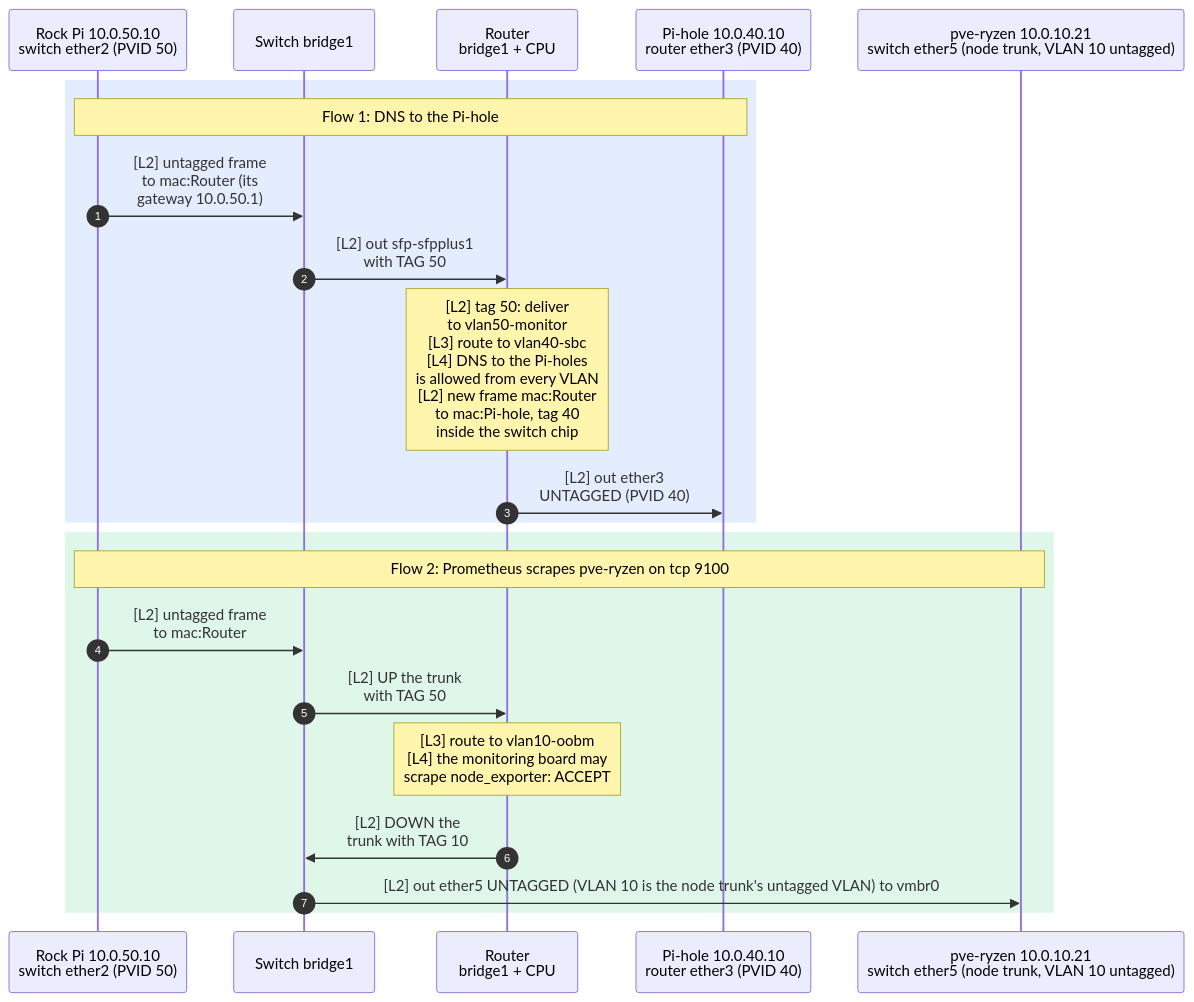
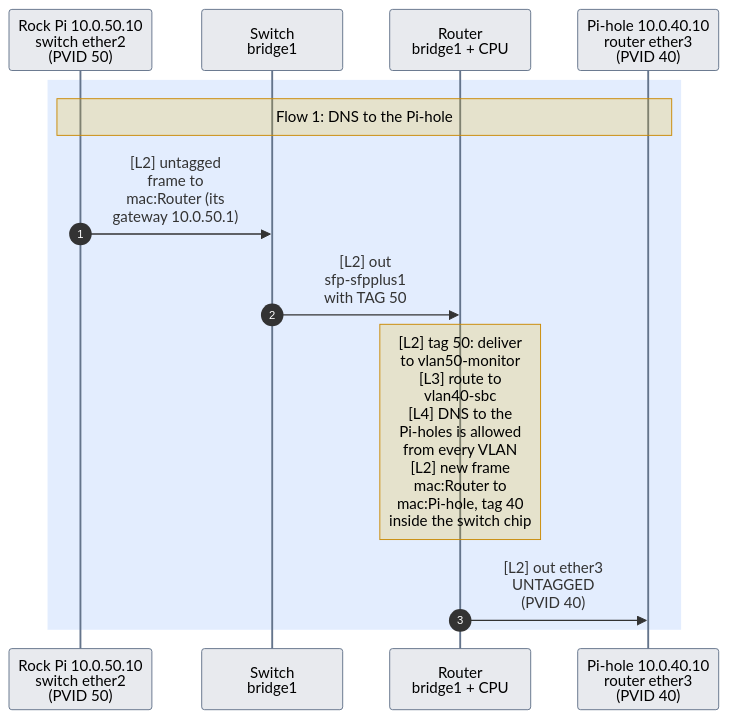
The fifth of 7 diagrams in content/pages/networking/basics/vlans-and-broadcast-domains.mdx (mithun3/tech-blog), drawn with Mermaid before and after one commit. The commit also changed other lines of this file and 8 other files, not shown here.

Commit message:
mermaid updates.

````diff
--- a/content/pages/networking/basics/vlans-and-broadcast-domains.mdx
+++ b/content/pages/networking/basics/vlans-and-broadcast-domains.mdx
@@ -169,24 +230,31 @@
 ```mermaid
+---
+config:
+  look: classic
+  fontFamily: "system-ui, -apple-system, Segoe UI, Roboto, Helvetica, Arial, sans-serif"
+  themeCSS: "rect.actor, rect.note { rx: 6px; ry: 6px; }"
+  themeVariables:
+    actorBkg: "#64748b26"
+    actorBorder: "#64748b"
+    actorLineColor: "#64748b"
+    noteBkgColor: "#eab30833"
+    noteBorderColor: "#ca8a04"
+    labelBoxBkgColor: "#64748b33"
+    labelBoxBorderColor: "#64748b"
+    activationBkgColor: "#64748b40"
+    activationBorderColor: "#64748b"
+---
 sequenceDiagram
     autonumber
-    participant RP as Rock Pi 10.0.50.10<br/>switch ether2 (PVID 50)
-    participant CR as Switch bridge1
+    participant RP as Rock Pi 10.0.50.10<br/>switch ether2<br/>(PVID 50)
+    participant CR as Switch<br/>bridge1
     participant RB as Router<br/>bridge1 + CPU
-    participant PH as Pi-hole 10.0.40.10<br/>router ether3 (PVID 40)
-    participant G as pve-ryzen 10.0.10.21<br/>switch ether5 (node trunk, VLAN 10 untagged)
+    participant PH as Pi-hole 10.0.40.10<br/>router ether3<br/>(PVID 40)
     rect rgba(59, 130, 246, 0.14)
     Note over RP,PH: Flow 1: DNS to the Pi-hole
-    RP->>CR: [L2] untagged frame<br/>to mac:Router (its<br/>gateway 10.0.50.1)
-    CR->>RB: [L2] out sfp-sfpplus1<br/>with TAG 50
-    Note over RB: [L2] tag 50: deliver<br/>to vlan50-monitor<br/>[L3] route to vlan40-sbc<br/>[L4] DNS to the Pi-holes<br/>is allowed from every VLAN<br/>[L2] new frame mac:Router<br/>to mac:Pi-hole, tag 40<br/>inside the switch chip
-    RB->>PH: [L2] out ether3<br/>UNTAGGED (PVID 40)
-    end
-    rect rgba(34, 197, 94, 0.14)
-    Note over RP,G: Flow 2: Prometheus scrapes pve-ryzen on tcp 9100
-    RP->>CR: [L2] untagged frame<br/>to mac:Router
-    CR->>RB: [L2] UP the trunk<br/>with TAG 50
-    Note over RB: [L3] route to vlan10-oobm<br/>[L4] the monitoring board may<br/>scrape node_exporter: ACCEPT
-    RB->>CR: [L2] DOWN the<br/>trunk with TAG 10
-    CR->>G: [L2] out ether5 UNTAGGED (VLAN 10 is the node trunk's untagged VLAN) to vmbr0
+    RP->>CR: [L2] untagged<br/>frame to<br/>mac:Router (its<br/>gateway 10.0.50.1)
+    CR->>RB: [L2] out<br/>sfp-sfpplus1<br/>with TAG 50
+    Note over RB: [L2] tag 50: deliver<br/>to vlan50-monitor<br/>[L3] route to<br/>vlan40-sbc<br/>[L4] DNS to the<br/>Pi-holes is allowed<br/>from every VLAN<br/>[L2] new frame<br/>mac:Router to<br/>mac:Pi-hole, tag 40<br/>inside the switch chip
+    RB->>PH: [L2] out ether3<br/>UNTAGGED<br/>(PVID 40)
     end
 ```
````
